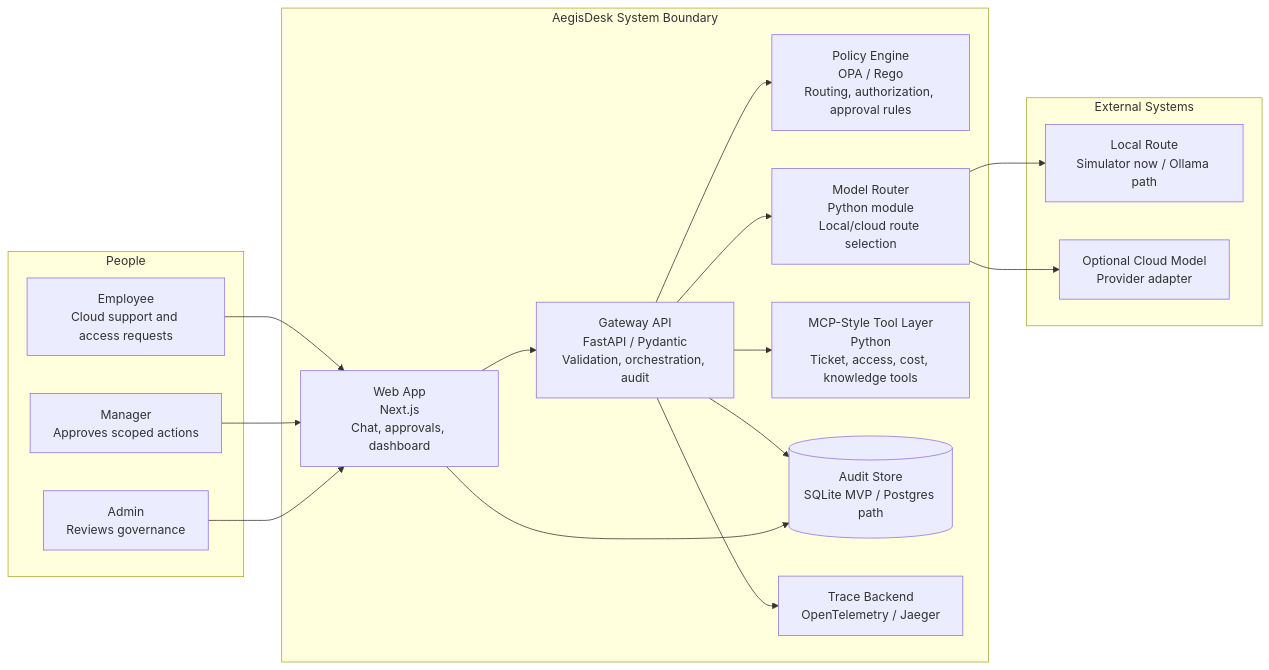
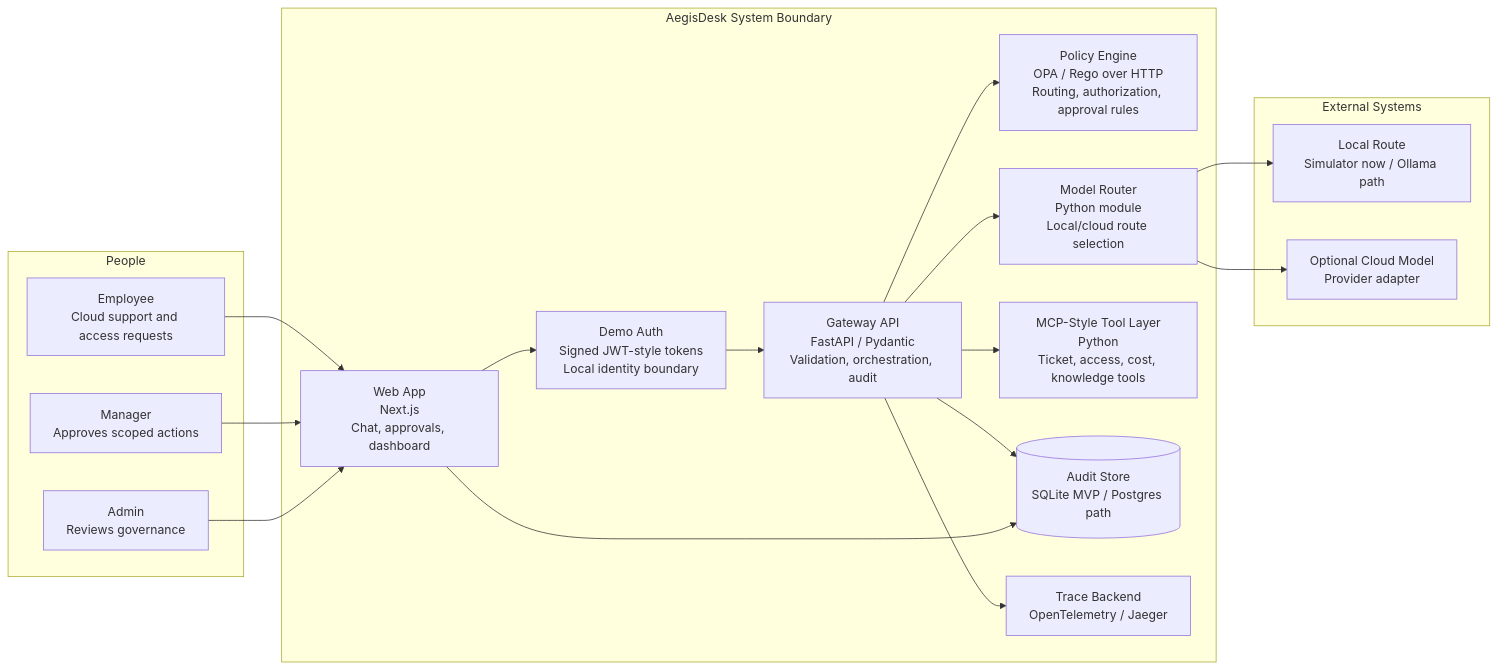
One commit to manynames3/aegisdesk-cloudops-control-plane changed the diagram in docs/architecture.md. Above: the diagram before and after it, drawn with Mermaid. The commit also changed other lines of this file and 49 other files, not shown here.

````diff
--- a/docs/architecture.md
+++ b/docs/architecture.md
@@ -7,36 +7,38 @@
 ```mermaid
 flowchart LR
     subgraph People["People"]
         Employee["Employee<br/>Cloud support and access requests"]
         Manager["Manager<br/>Approves scoped actions"]
         Admin["Admin<br/>Reviews governance"]
     end
 
     subgraph AegisDesk["AegisDesk System Boundary"]
         Web["Web App<br/>Next.js<br/>Chat, approvals, dashboard"]
+        Auth["Demo Auth<br/>Signed JWT-style tokens<br/>Local identity boundary"]
         API["Gateway API<br/>FastAPI / Pydantic<br/>Validation, orchestration, audit"]
-        Policy["Policy Engine<br/>OPA / Rego<br/>Routing, authorization, approval rules"]
+        Policy["Policy Engine<br/>OPA / Rego over HTTP<br/>Routing, authorization, approval rules"]
         Router["Model Router<br/>Python module<br/>Local/cloud route selection"]
         Tools["MCP-Style Tool Layer<br/>Python<br/>Ticket, access, cost, knowledge tools"]
         Audit[("Audit Store<br/>SQLite MVP / Postgres path")]
         Trace["Trace Backend<br/>OpenTelemetry / Jaeger"]
     end
 
     subgraph External["External Systems"]
         LocalModel["Local Route<br/>Simulator now / Ollama path"]
         CloudModel["Optional Cloud Model<br/>Provider adapter"]
     end
 
     Employee --> Web
     Manager --> Web
     Admin --> Web
-    Web --> API
+    Web --> Auth
+    Auth --> API
     API --> Policy
     API --> Router
     Router --> LocalModel
     Router --> CloudModel
     API --> Tools
     API --> Audit
     API --> Trace
     Web --> Audit
 ```
````
